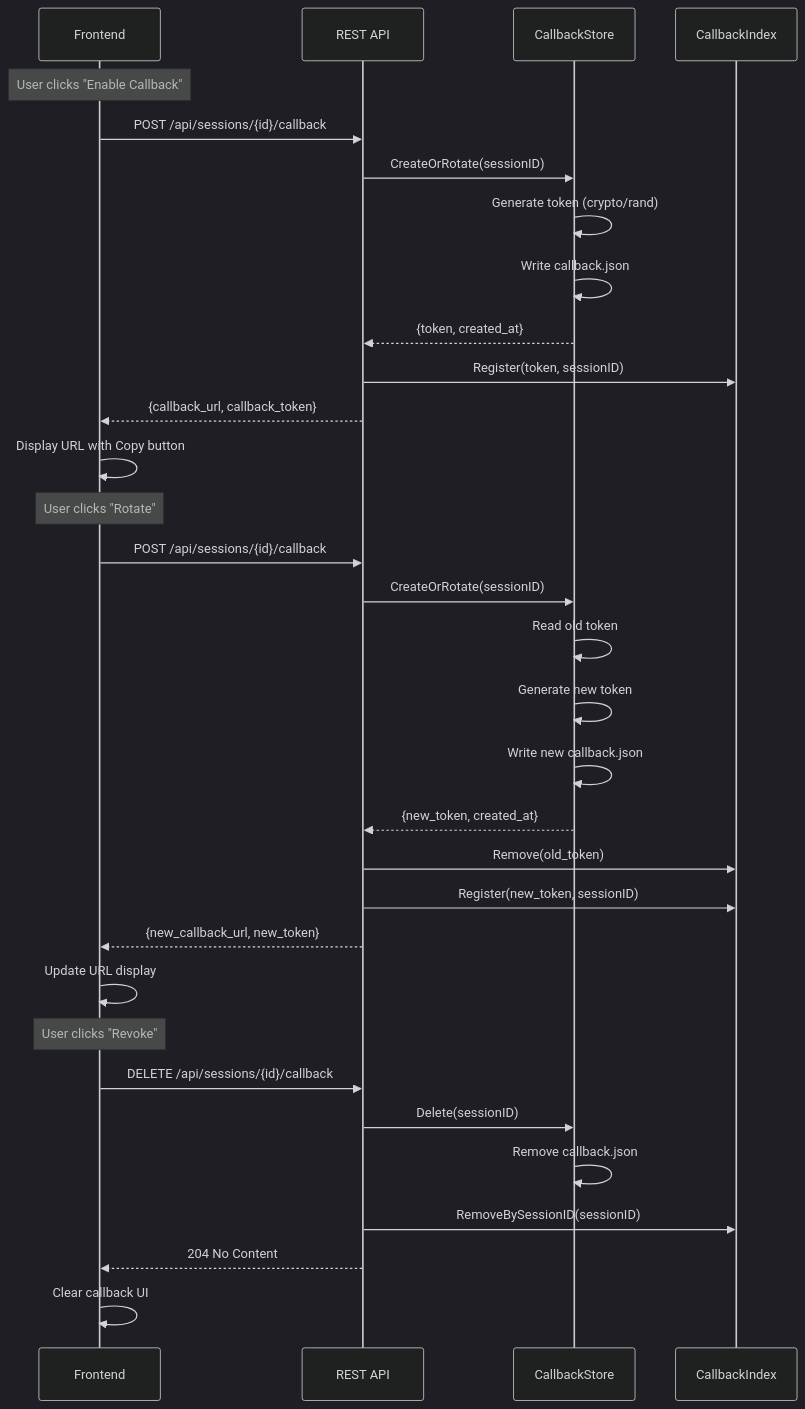
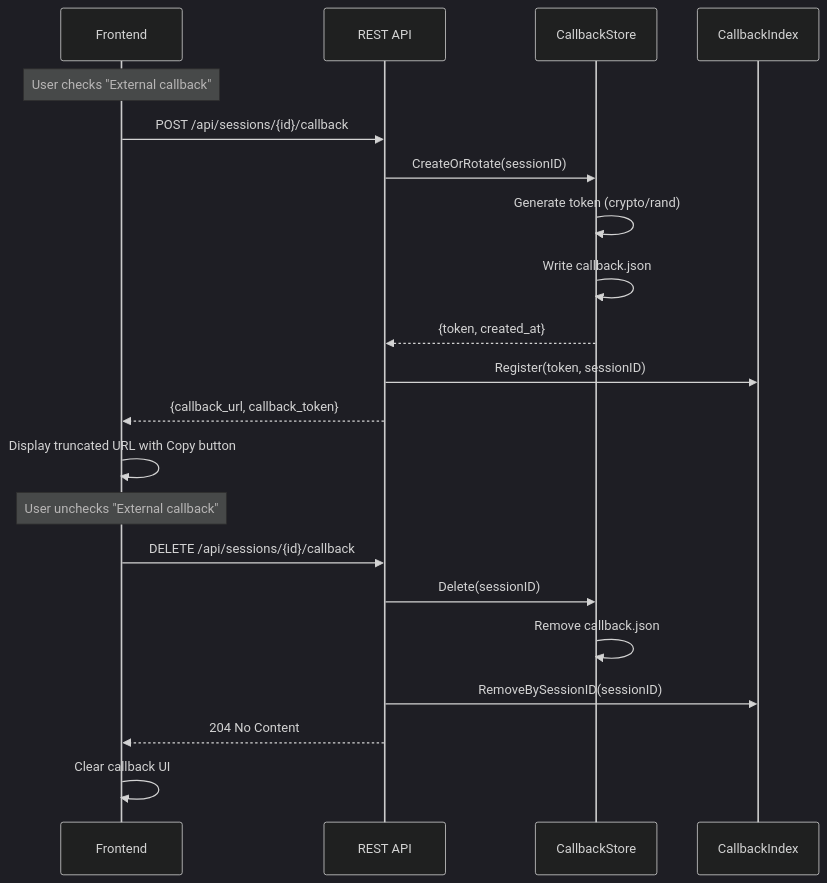
Before and after one commit to inercia/mitto: the second of 2 diagrams in docs/devel/callbacks.md, drawn with Mermaid (dark theme). The commit also changed other lines of this file and 16 other files, not shown here.

````diff
--- a/docs/devel/callbacks.md
+++ b/docs/devel/callbacks.md
@@ -390,37 +390,25 @@
 ```mermaid
 sequenceDiagram
     participant UI as Frontend
     participant API as REST API
     participant Store as CallbackStore
     participant Index as CallbackIndex
 
-    Note over UI: User clicks "Enable Callback"
+    Note over UI: User checks "External callback"
     UI->>API: POST /api/sessions/{id}/callback
     API->>Store: CreateOrRotate(sessionID)
     Store->>Store: Generate token (crypto/rand)
     Store->>Store: Write callback.json
     Store-->>API: {token, created_at}
     API->>Index: Register(token, sessionID)
     API-->>UI: {callback_url, callback_token}
-    UI->>UI: Display URL with Copy button
+    UI->>UI: Display truncated URL with Copy button
 
-    Note over UI: User clicks "Rotate"
-    UI->>API: POST /api/sessions/{id}/callback
-    API->>Store: CreateOrRotate(sessionID)
-    Store->>Store: Read old token
-    Store->>Store: Generate new token
-    Store->>Store: Write new callback.json
-    Store-->>API: {new_token, created_at}
-    API->>Index: Remove(old_token)
-    API->>Index: Register(new_token, sessionID)
-    API-->>UI: {new_callback_url, new_token}
-    UI->>UI: Update URL display
-
-    Note over UI: User clicks "Revoke"
+    Note over UI: User unchecks "External callback"
     UI->>API: DELETE /api/sessions/{id}/callback
     API->>Store: Delete(sessionID)
     Store->>Store: Remove callback.json
     API->>Index: RemoveBySessionID(sessionID)
     API-->>UI: 204 No Content
     UI->>UI: Clear callback UI
 ```
````
